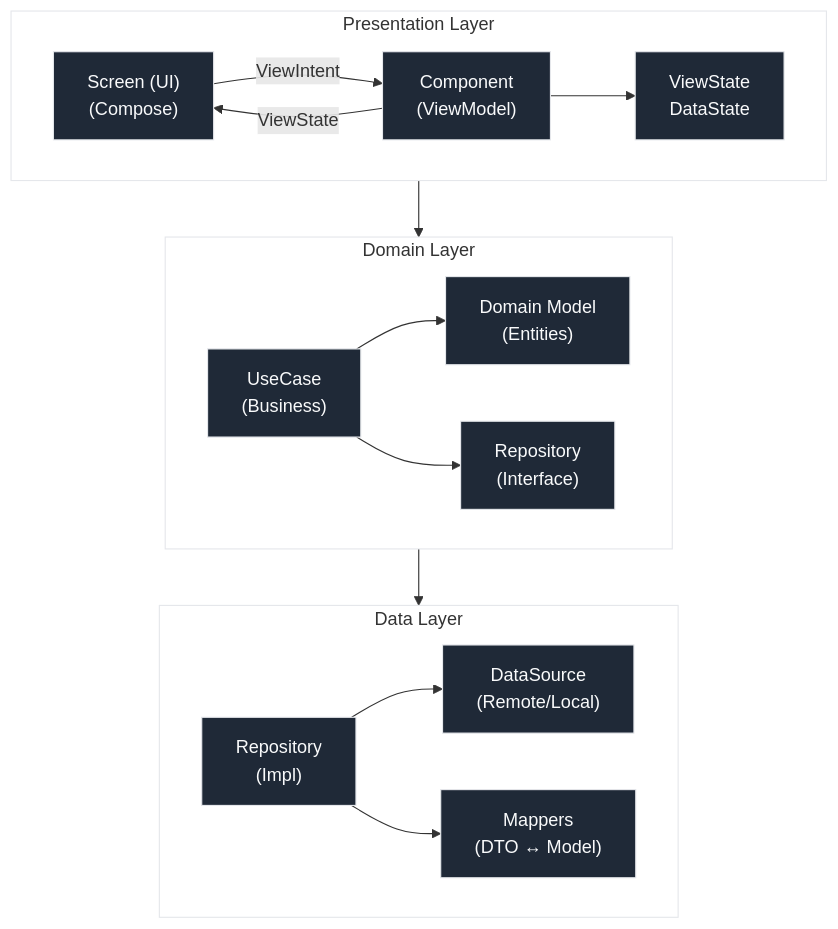
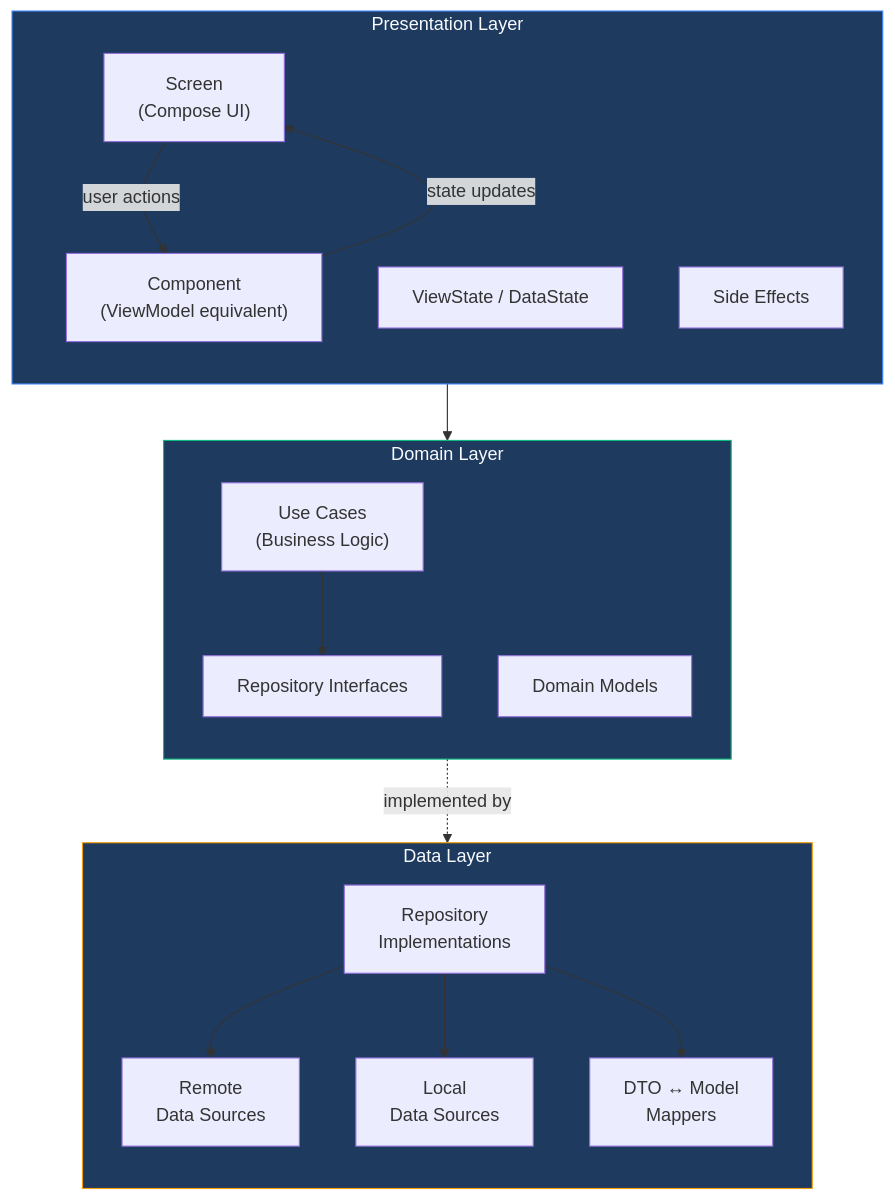
The first of 12 diagrams in content/docs/overview/architecture.md (ratulsarna/chalo-app-dashboard), drawn with Mermaid before and after one commit. The commit also changed other lines of this file and 5 other files, not shown here.

First line of the commit message:
docs: update tech stack documentation with enhanced descriptions and new technology landscape diagram

````diff
--- a/content/docs/overview/architecture.md
+++ b/content/docs/overview/architecture.md
@@ -14,41 +16,38 @@
 ```mermaid
 flowchart TB
-  %% This diagram is kept as Mermaid (not ASCII art) so it scales cleanly and stays aligned in browsers.
+    subgraph Presentation["Presentation Layer"]
+        direction TB
+        Screen["Screen<br/>(Compose UI)"]
+        Component["Component<br/>(ViewModel equivalent)"]
+        ViewState["ViewState / DataState"]
+        SideEffects["Side Effects"]
+    end
 
-  subgraph Presentation["Presentation Layer"]
-    direction LR
-    Screen["Screen (UI)<br/>(Compose)"]
-    Component["Component<br/>(ViewModel)"]
-    ViewState["ViewState<br/>DataState"]
-    Screen -->|ViewIntent| Component
-    Component -->|ViewState| Screen
-    Component --> ViewState
-  end
+    subgraph Domain["Domain Layer"]
+        direction TB
+        UseCase["Use Cases<br/>(Business Logic)"]
+        DomainModel["Domain Models"]
+        RepoInterface["Repository Interfaces"]
+    end
 
-  subgraph Domain["Domain Layer"]
-    direction LR
-    UseCase["UseCase<br/>(Business)"]
-    DomainModel["Domain Model<br/>(Entities)"]
-    Repo["Repository<br/>(Interface)"]
-    UseCase --> DomainModel
-    UseCase --> Repo
-  end
+    subgraph Data["Data Layer"]
+        direction TB
+        RepoImpl["Repository<br/>Implementations"]
+        RemoteDS["Remote<br/>Data Sources"]
+        LocalDS["Local<br/>Data Sources"]
+        Mappers["DTO ↔ Model<br/>Mappers"]
+    end
 
-  subgraph Data["Data Layer"]
-    direction LR
-    RepoImpl["Repository<br/>(Impl)"]
-    DataSource["DataSource<br/>(Remote/Local)"]
-    Mappers["Mappers<br/>(DTO ↔ Model)"]
-    RepoImpl --> DataSource
+    Screen -->|user actions| Component
+    Component -->|state updates| Screen
+    Component --> UseCase
+    UseCase --> RepoInterface
+    RepoInterface -.->|implemented by| RepoImpl
+    RepoImpl --> RemoteDS
+    RepoImpl --> LocalDS
     RepoImpl --> Mappers
-  end
 
-  Component --> UseCase
-  Repo --> RepoImpl
-
-  classDef box fill:#1f2937,stroke:#e5e7eb,color:#f9fafb,stroke-width:1px;
-  class Screen,Component,ViewState,UseCase,DomainModel,Repo,RepoImpl,DataSource,Mappers box;
-  style Presentation fill:transparent,stroke:#e5e7eb,stroke-width:1px;
-  style Domain fill:transparent,stroke:#e5e7eb,stroke-width:1px;
-  style Data fill:transparent,stroke:#e5e7eb,stroke-width:1px;
+    style Presentation fill:#1e3a5f,stroke:#3b82f6,color:#f8fafc
+    style Domain fill:#1e3a5f,stroke:#10b981,color:#f8fafc
+    style Data fill:#1e3a5f,stroke:#f59e0b,color:#f8fafc
 ```
````
